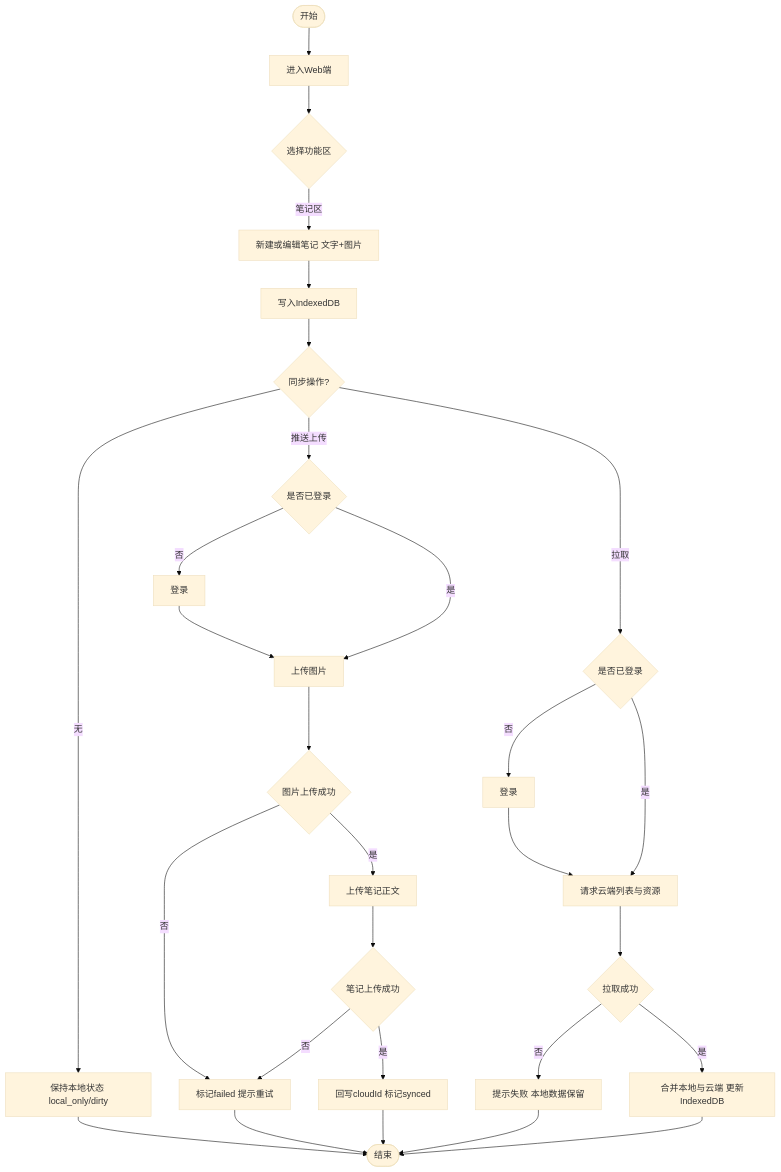
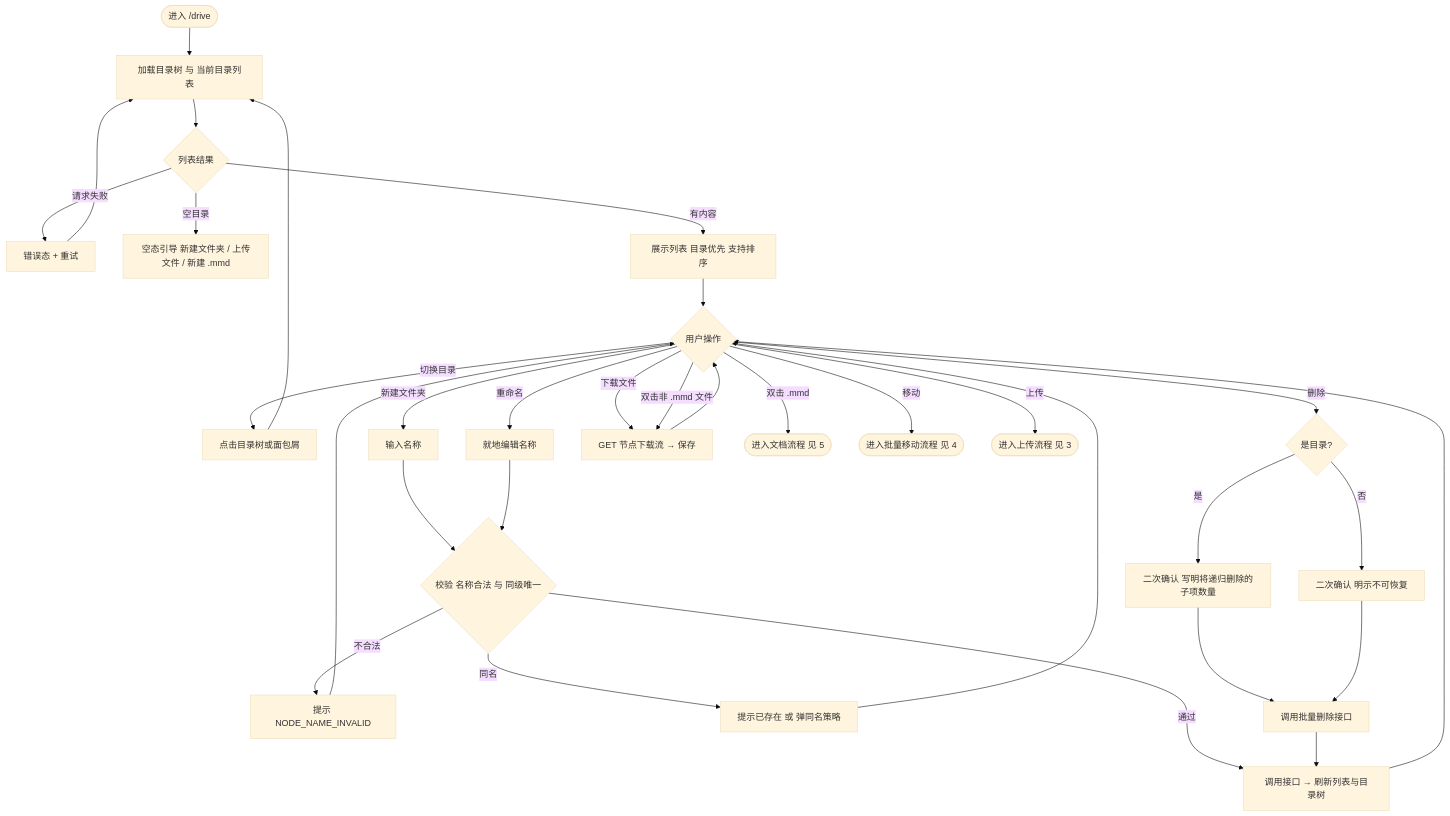
One commit to a327921510/my-notes changed the second of 7 diagrams in docs/用户流程图.md. Above: the diagram before and after it, drawn with Mermaid (base theme). The commit also changed other lines of this file and 3 other files, not shown here.

````diff
--- a/docs/用户流程图.md
+++ b/docs/用户流程图.md
@@ -26,31 +43,37 @@
 ```mermaid
 flowchart TD
-  A([开始]) --> B[进入Web端]
-  B --> C{选择功能区}
-  C -->|笔记区| D[新建或编辑笔记 文字+图片]
-  D --> E[写入IndexedDB]
-  E --> F{同步操作?}
-  F -->|无| G[保持本地状态 local_only/dirty]
-  G --> Z([结束])
-  F -->|推送上传| H{是否已登录}
-  H -->|否| I[登录]
-  I --> J[上传图片]
-  H -->|是| J
-  J --> K{图片上传成功}
-  K -->|否| L[标记failed 提示重试]
-  L --> Z
-  K -->|是| M[上传笔记正文]
-  M --> N{笔记上传成功}
-  N -->|否| L
-  N -->|是| O[回写cloudId 标记synced]
-  O --> Z
-  F -->|拉取| P{是否已登录}
-  P -->|否| Q[登录]
-  Q --> R[请求云端列表与资源]
-  P -->|是| R
-  R --> S{拉取成功}
-  S -->|否| T[提示失败 本地数据保留]
-  T --> Z
-  S -->|是| U[合并本地与云端 更新IndexedDB]
-  U --> Z
+  A([进入 /drive]) --> B[加载目录树 与 当前目录列表]
+  B --> C{列表结果}
+  C -->|请求失败| D[错误态 + 重试]
+  D --> B
+  C -->|空目录| E[空态引导 新建文件夹 / 上传文件 / 新建 .mmd]
+  C -->|有内容| F[展示列表 目录优先 支持排序]
+
+  F --> G{用户操作}
+  G -->|切换目录| H[点击目录树或面包屑]
+  H --> B
+  G -->|新建文件夹| I[输入名称]
+  G -->|重命名| J[就地编辑名称]
+  I --> K{校验 名称合法 与 同级唯一}
+  J --> K
+  K -->|不合法| L[提示 NODE_NAME_INVALID]
+  L --> G
+  K -->|同名| M[提示已存在 或 弹同名策略]
+  M --> G
+  K -->|通过| N[调用接口 → 刷新列表与目录树]
+  N --> G
+
+  G -->|删除| O{是目录?}
+  O -->|是| P[二次确认 写明将递归删除的子项数量]
+  O -->|否| Q[二次确认 明示不可恢复]
+  P --> R[调用批量删除接口]
+  Q --> R
+  R --> N
+
+  G -->|下载文件| S[GET 节点下载流 → 保存]
+  S --> G
+  G -->|双击非 .mmd 文件| S
+  G -->|双击 .mmd| T([进入文档流程 见 5])
+  G -->|移动| U([进入批量移动流程 见 4])
+  G -->|上传| V([进入上传流程 见 3])
 ```
````
